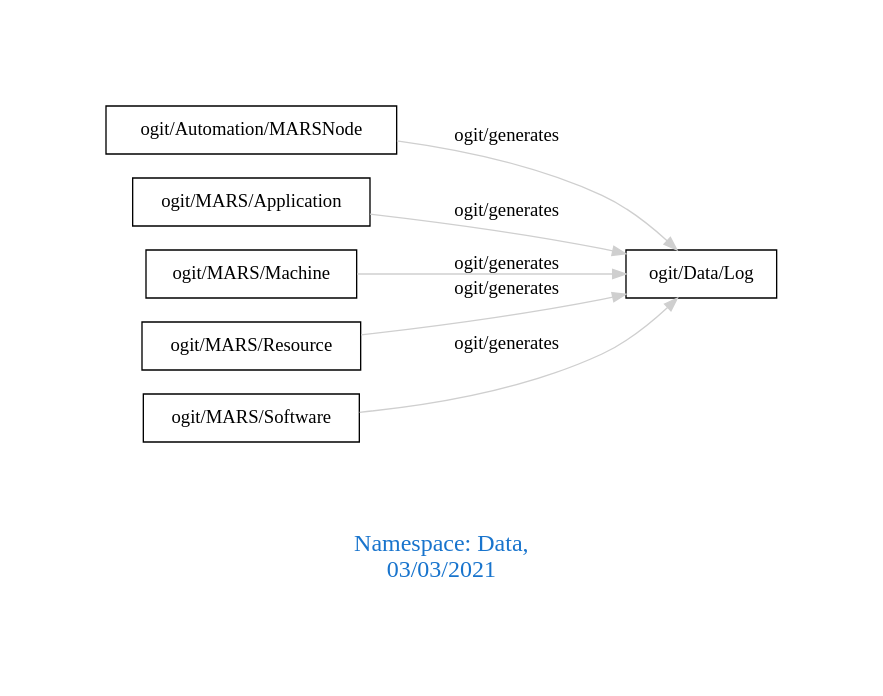
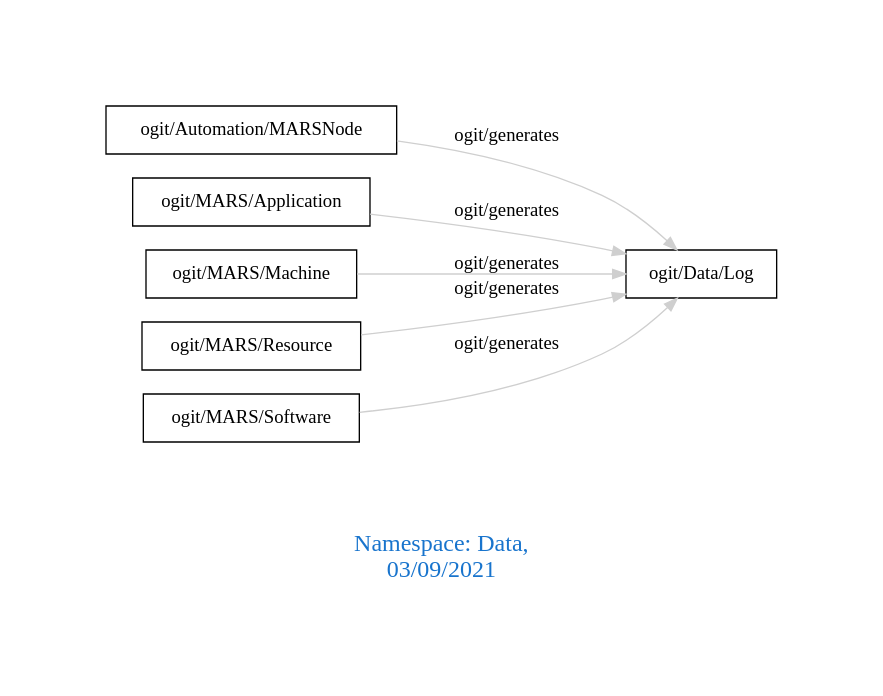
Before and after one commit to arago/OGIT: the diagram in downloads/Data.dot, drawn with Graphviz. The commit also changed 1845 other files, not shown here.

```diff
--- a/downloads/Data.dot
+++ b/downloads/Data.dot
@@ -1,13 +1,13 @@
 digraph OGIT_ontology {
  graph [ rankdir= LR,pad=1 
 fontsize = 18,
-fontcolor= dodgerblue3,label = "\n\n\nNamespace: Data, \n 03/03/2021"];
+fontcolor= dodgerblue3,label = "\n\n\nNamespace: Data, \n 03/09/2021"];
 node[shape=polygon];
 edge [  color="gray81"];
 
    "ogit/Automation/MARSNode" -> "ogit/Data/Log" [label="   ogit/generates    "];
    "ogit/MARS/Application" -> "ogit/Data/Log" [label="   ogit/generates    "];
    "ogit/MARS/Machine" -> "ogit/Data/Log" [label="   ogit/generates    "];
    "ogit/MARS/Resource" -> "ogit/Data/Log" [label="   ogit/generates    "];
    "ogit/MARS/Software" -> "ogit/Data/Log" [label="   ogit/generates    "];
 }
```
